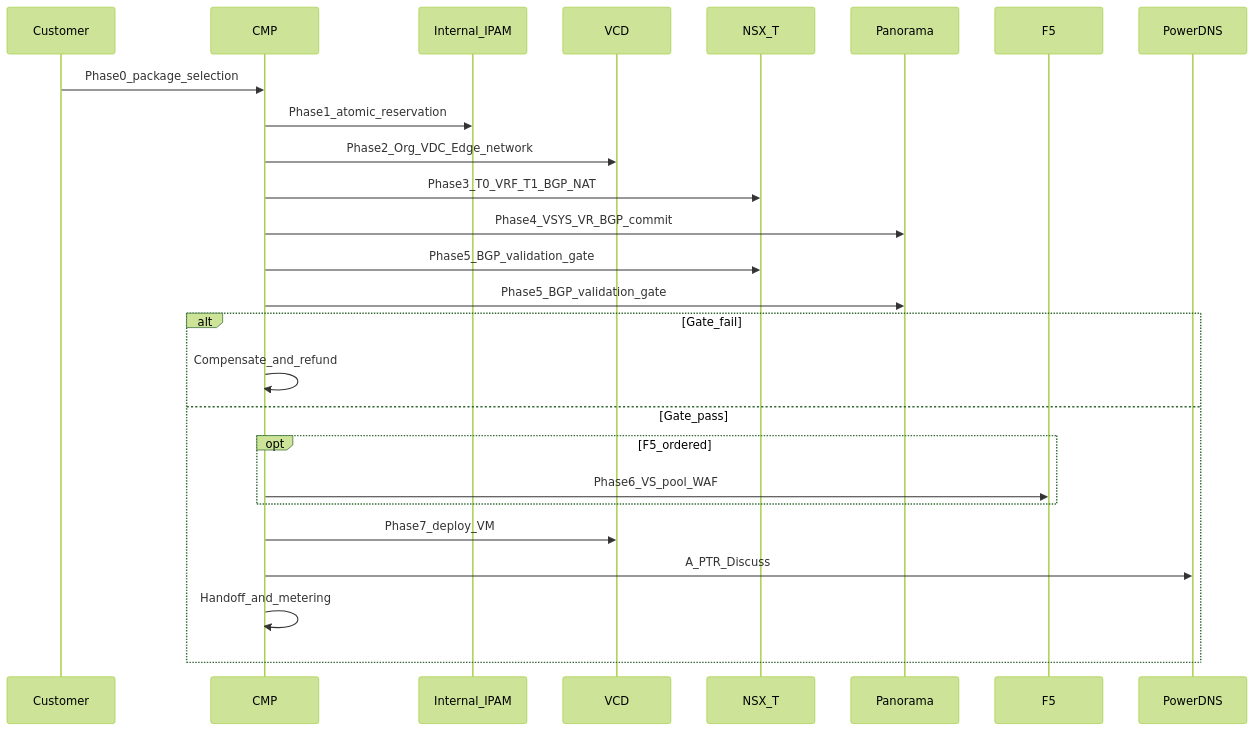
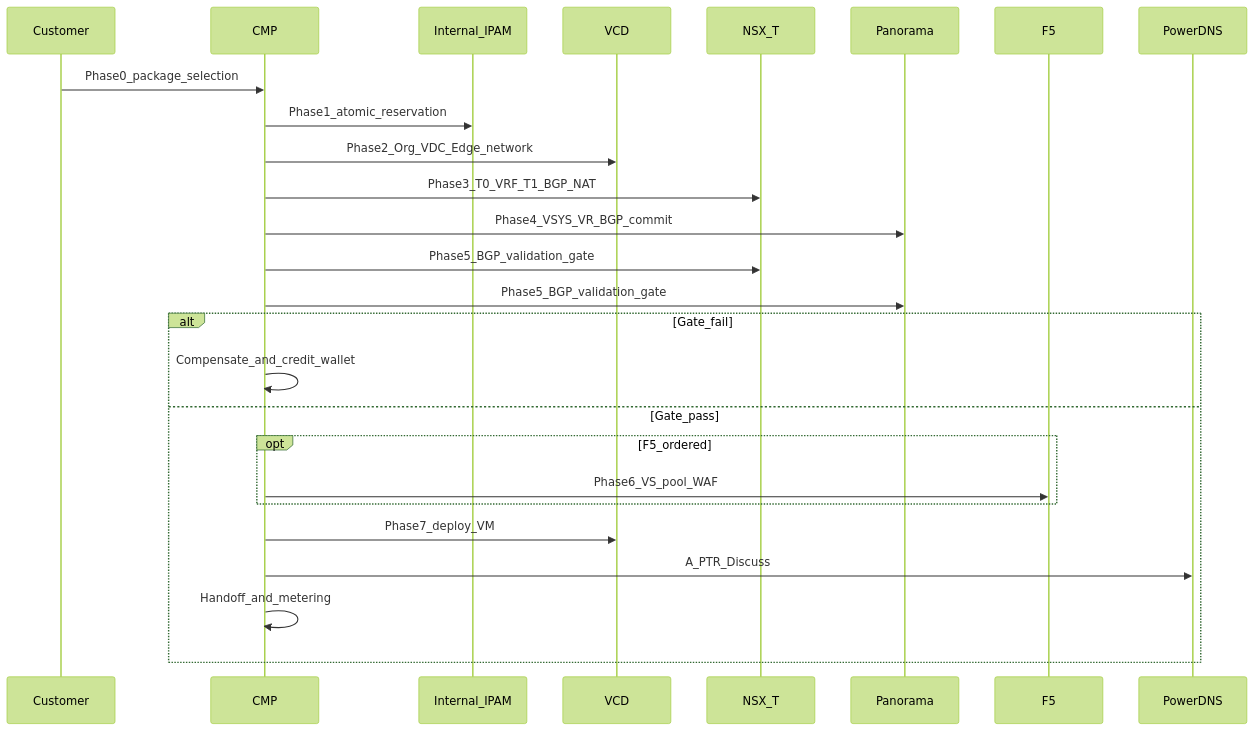
One commit to satish-londhe/admin-docs changed the second of 2 diagrams in docs/engagements/datamount/index.md. Above: the diagram before and after it, drawn with Mermaid (forest theme). The commit also changed 10 other files, not shown here.

````diff
--- a/docs/engagements/datamount/index.md
+++ b/docs/engagements/datamount/index.md
@@ -157,29 +157,29 @@
 ```mermaid
 sequenceDiagram
   participant Cust as Customer
   participant CMP as CMP
   participant IPAM as Internal_IPAM
   participant VCD as VCD
   participant NSX as NSX_T
   participant PA as Panorama
   participant F5 as F5
   participant DNS as PowerDNS
 
   Cust->>CMP: Phase0_package_selection
   CMP->>IPAM: Phase1_atomic_reservation
   CMP->>VCD: Phase2_Org_VDC_Edge_network
   CMP->>NSX: Phase3_T0_VRF_T1_BGP_NAT
   CMP->>PA: Phase4_VSYS_VR_BGP_commit
   CMP->>NSX: Phase5_BGP_validation_gate
   CMP->>PA: Phase5_BGP_validation_gate
   alt Gate_fail
-    CMP->>CMP: Compensate_and_refund
+    CMP->>CMP: Compensate_and_credit_wallet
   else Gate_pass
     opt F5_ordered
       CMP->>F5: Phase6_VS_pool_WAF
     end
     CMP->>VCD: Phase7_deploy_VM
     CMP->>DNS: A_PTR_Discuss
     CMP->>CMP: Handoff_and_metering
   end
 ```
````
